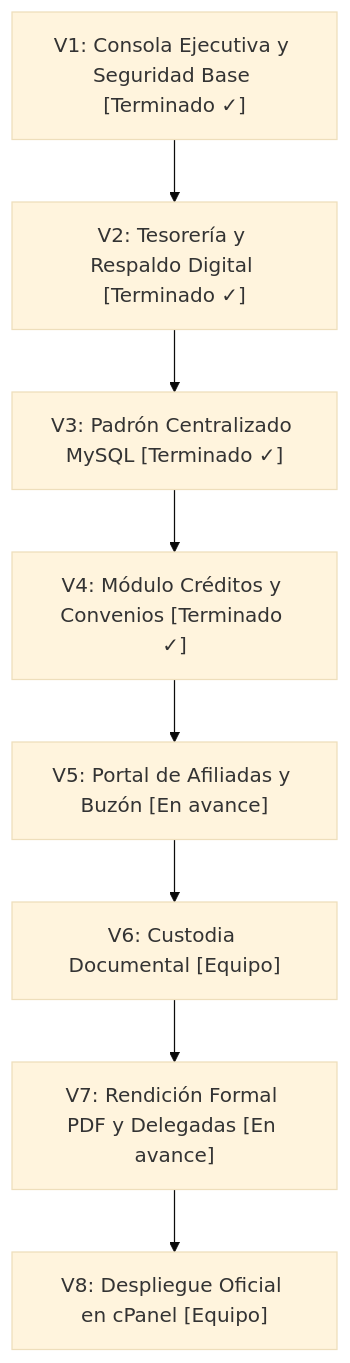
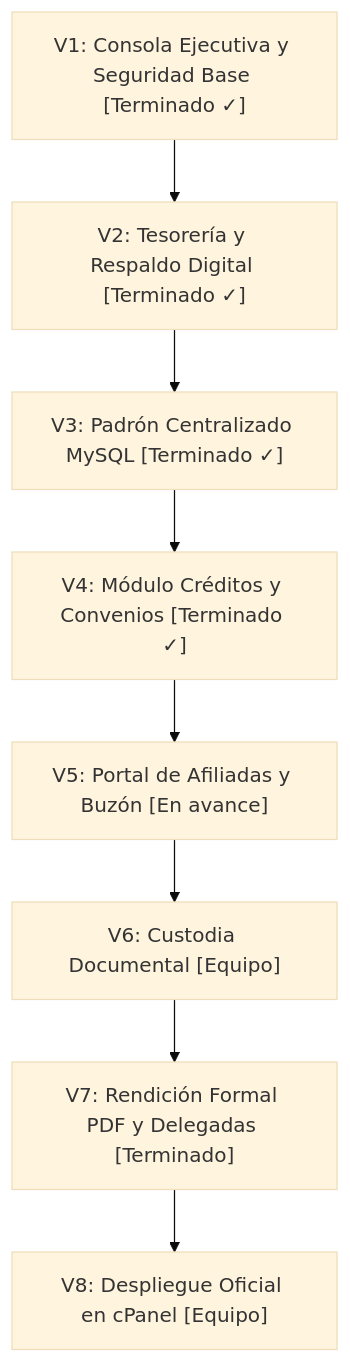
Before and after one commit to swix14/dashboard: the diagram in docs/PLAN_IMPLEMENTACION.md, drawn with Mermaid (base theme). The commit also changed other lines of this file and 1 other file, not shown here.

````diff
--- a/docs/PLAN_IMPLEMENTACION.md
+++ b/docs/PLAN_IMPLEMENTACION.md
@@ -85,10 +85,10 @@
 ```mermaid
 flowchart TD
     V1["V1: Consola Ejecutiva y Seguridad Base [Terminado ✓]"] --> V2["V2: Tesorería y Respaldo Digital [Terminado ✓]"]
     V2 --> V3["V3: Padrón Centralizado MySQL [Terminado ✓]"]
     V3 --> V4["V4: Módulo Créditos y Convenios [Terminado ✓]"]
     V4 --> V5["V5: Portal de Afiliadas y Buzón [En avance]"]
     V5 --> V6["V6: Custodia Documental [Equipo]"]
-    V6 --> V7["V7: Rendición Formal PDF y Delegadas [En avance]"]
+    V6 --> V7["V7: Rendición Formal PDF y Delegadas [Terminado]"]
     V7 --> V8["V8: Despliegue Oficial en cPanel [Equipo]"]
 ```
````
